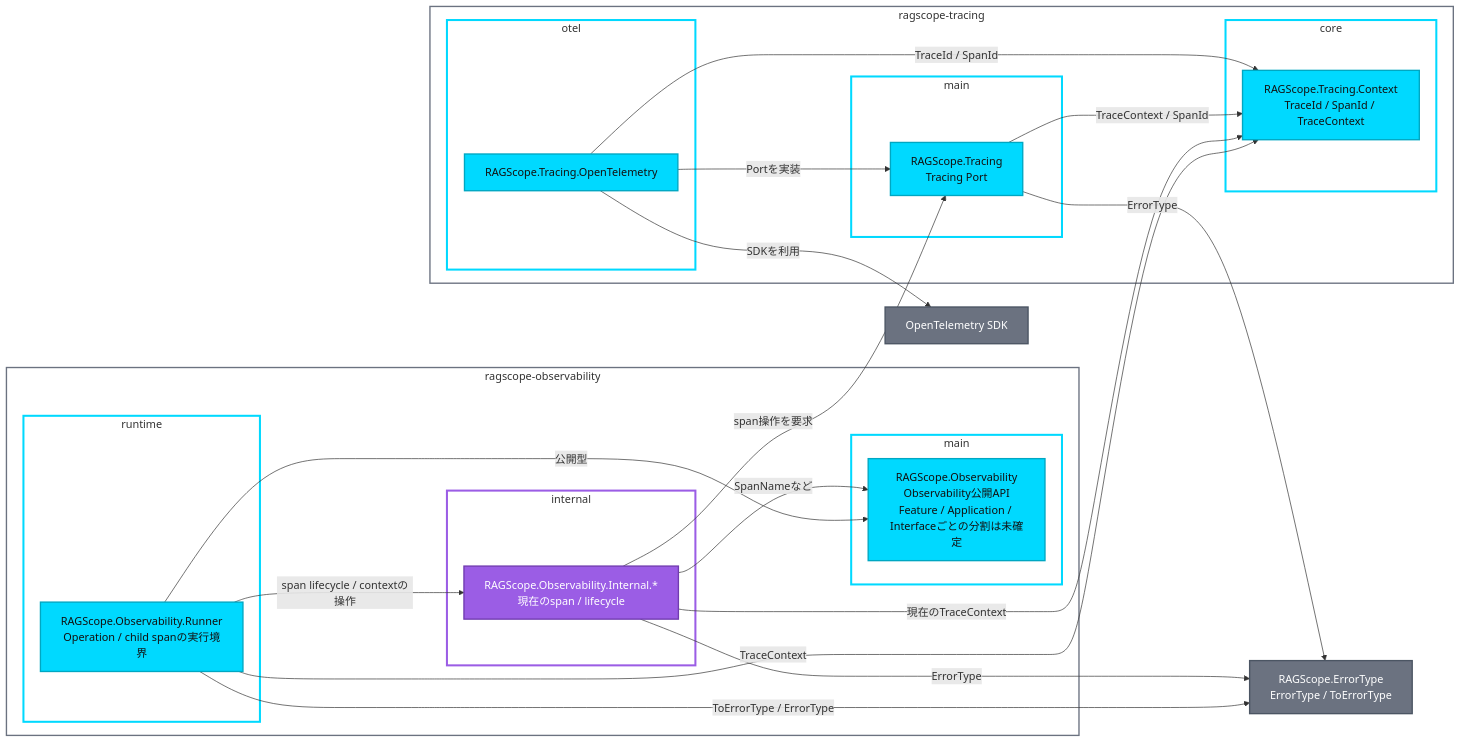
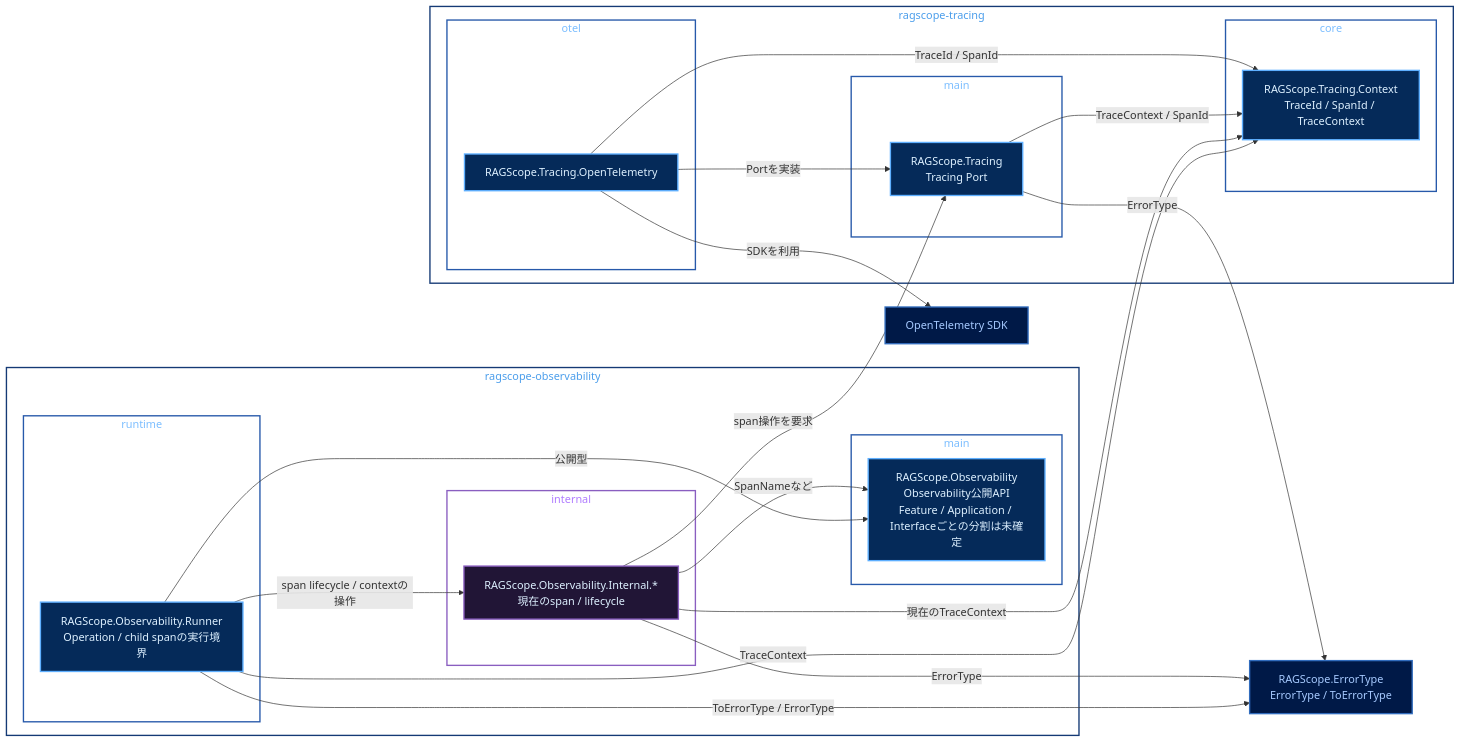
One commit to takashit16833/Workbench changed the diagram in Notes/RAGScope/RAGScopeアプリケーション/実行追跡・構造化ログ静的依存図 Observability・Tracing.md. Above: the diagram before and after it, drawn with Mermaid. The commit also changed other lines of this file, not shown here.

Commit message:
docs: tune Observability Tracing diagram palette

````diff
--- a/Notes/RAGScope/RAGScopeアプリケーション/実行追跡・構造化ログ静的依存図 Observability・Tracing.md
+++ b/Notes/RAGScope/RAGScopeアプリケーション/実行追跡・構造化ログ静的依存図 Observability・Tracing.md
@@ -19,63 +19,63 @@
 ```mermaid
 flowchart LR
     subgraph pkg_obs["ragscope-observability"]
         subgraph obs_main_lib["main"]
             obs["RAGScope.Observability<br/>Observability公開API<br/>Feature / Application / Interfaceごとの分割は未確定"]
         end
         subgraph obs_runtime_lib["runtime"]
             runner["RAGScope.Observability.Runner<br/>Operation / child spanの実行境界"]
         end
         subgraph obs_internal_lib["internal"]
             internal["RAGScope.Observability.Internal.*<br/>現在のspan / lifecycle"]
         end
     end
 
     subgraph pkg_tracing["ragscope-tracing"]
         subgraph tracing_main_lib["main"]
             tracing["RAGScope.Tracing<br/>Tracing Port"]
         end
         subgraph tracing_otel_lib["otel"]
             otel["RAGScope.Tracing.OpenTelemetry"]
         end
         subgraph tracing_core_lib["core"]
             context["RAGScope.Tracing.Context<br/>TraceId / SpanId / TraceContext"]
         end
     end
 
     error_type["RAGScope.ErrorType<br/>ErrorType / ToErrorType"]
     sdk["OpenTelemetry SDK"]
 
     runner -->|span lifecycle / contextの操作| internal
     runner -->|公開型| obs
     runner -->|ToErrorType / ErrorType| error_type
     runner -->|TraceContext| context
 
     internal -->|SpanNameなど| obs
     internal -->|ErrorType| error_type
     internal -->|span操作を要求| tracing
     internal -->|現在のTraceContext| context
 
     tracing -->|ErrorType| error_type
     tracing -->|TraceContext / SpanId| context
 
     otel -->|Portを実装| tracing
     otel -->|TraceId / SpanId| context
     otel -->|SDKを利用| sdk
 
-    classDef public fill:#00D9FF,stroke:#00A7C2,color:#111111,stroke-width:2px
-    classDef private fill:#9B5DE5,stroke:#713CB0,color:#FFFFFF,stroke-width:2px
-    classDef outside fill:#6B7280,stroke:#4B5563,color:#FFFFFF,stroke-width:2px
+    classDef public fill:#052A59,stroke:#5EAFFF,color:#DDF0FF,stroke-width:2px
+    classDef private fill:#211536,stroke:#8A5EC0,color:#DDF0FF,stroke-width:2px
+    classDef outside fill:#001947,stroke:#316CBD,color:#A6CAFF,stroke-width:2px
 
     class obs,runner,tracing,otel,context public
     class internal private
     class error_type,sdk outside
 
-    style pkg_obs fill:transparent,stroke:#6B7280,stroke-width:2px
-    style pkg_tracing fill:transparent,stroke:#6B7280,stroke-width:2px
-    style obs_main_lib fill:transparent,stroke:#00D9FF,stroke-width:3px
-    style obs_runtime_lib fill:transparent,stroke:#00D9FF,stroke-width:3px
-    style obs_internal_lib fill:transparent,stroke:#9B5DE5,stroke-width:3px
-    style tracing_main_lib fill:transparent,stroke:#00D9FF,stroke-width:3px
-    style tracing_otel_lib fill:transparent,stroke:#00D9FF,stroke-width:3px
-    style tracing_core_lib fill:transparent,stroke:#00D9FF,stroke-width:3px
+    style pkg_obs fill:transparent,stroke:#153A75,color:#4C9EEB,stroke-width:2px
+    style pkg_tracing fill:transparent,stroke:#153A75,color:#4C9EEB,stroke-width:2px
+    style obs_main_lib fill:transparent,stroke:#2759AA,color:#7CBEFF,stroke-width:2px
+    style obs_runtime_lib fill:transparent,stroke:#2759AA,color:#7CBEFF,stroke-width:2px
+    style obs_internal_lib fill:transparent,stroke:#8A5EC0,color:#B07CFF,stroke-width:2px
+    style tracing_main_lib fill:transparent,stroke:#2759AA,color:#7CBEFF,stroke-width:2px
+    style tracing_otel_lib fill:transparent,stroke:#2759AA,color:#7CBEFF,stroke-width:2px
+    style tracing_core_lib fill:transparent,stroke:#2759AA,color:#7CBEFF,stroke-width:2px
 ```
````
